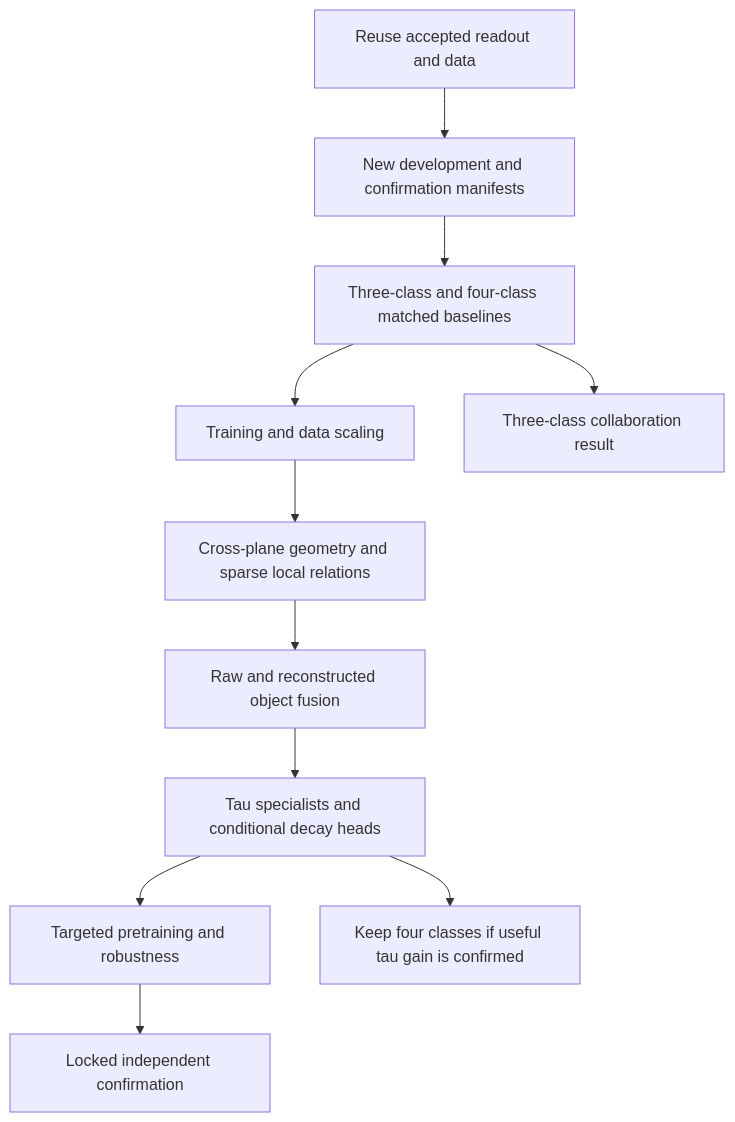
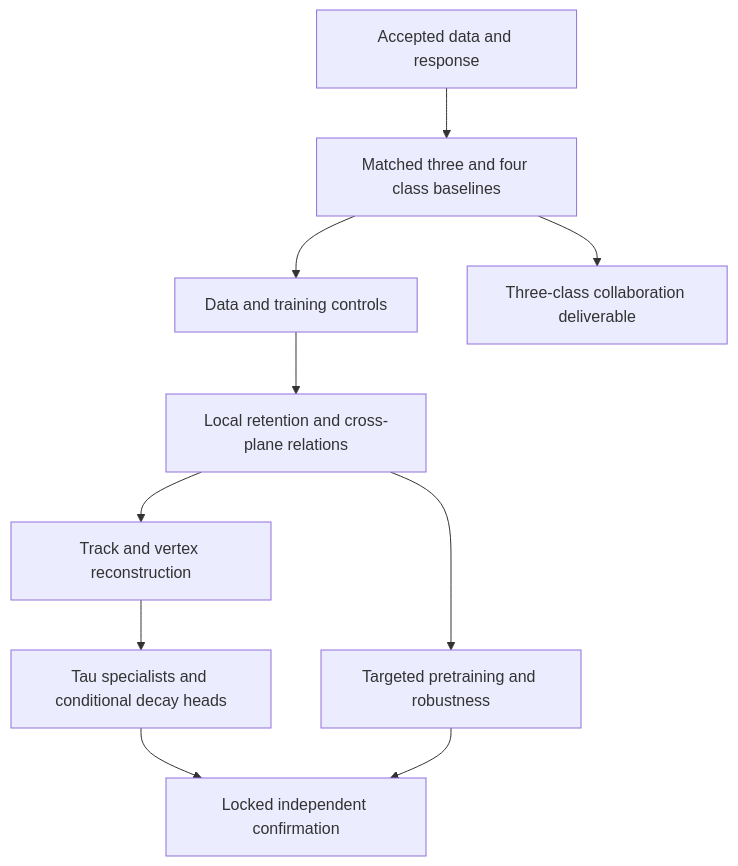
Before and after one commit to Endymion2288/PinpointAnalysis: the diagram in roadmap/README.md, drawn with Mermaid. The commit also changed other lines of this file and 13 other files, not shown here.

Commit message:
docs(roadmap): consolidate evidence and next-stage model decisions

````diff
--- a/roadmap/README.md
+++ b/roadmap/README.md
@@ -58,13 +32,12 @@
 ```mermaid
 flowchart TD
-    A[Reuse accepted readout and data] --> B[New development and confirmation manifests]
-    B --> C[Three-class and four-class matched baselines]
-    C --> D[Training and data scaling]
-    D --> E[Cross-plane geometry and sparse local relations]
-    E --> F[Raw and reconstructed object fusion]
-    F --> G[Tau specialists and conditional decay heads]
-    G --> H[Targeted pretraining and robustness]
-    H --> I[Locked independent confirmation]
-    C --> J[Three-class collaboration result]
-    G --> K[Keep four classes if useful tau gain is confirmed]
+    A[Accepted data and response] --> B[Matched three and four class baselines]
+    B --> C[Data and training controls]
+    C --> D[Local retention and cross-plane relations]
+    D --> E[Track and vertex reconstruction]
+    E --> F[Tau specialists and conditional decay heads]
+    D --> G[Targeted pretraining and robustness]
+    F --> H[Locked independent confirmation]
+    G --> H
+    B --> I[Three-class collaboration deliverable]
 ```
````
